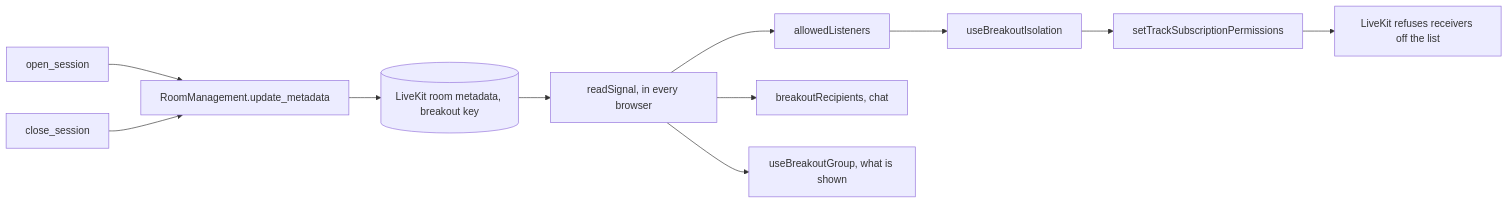
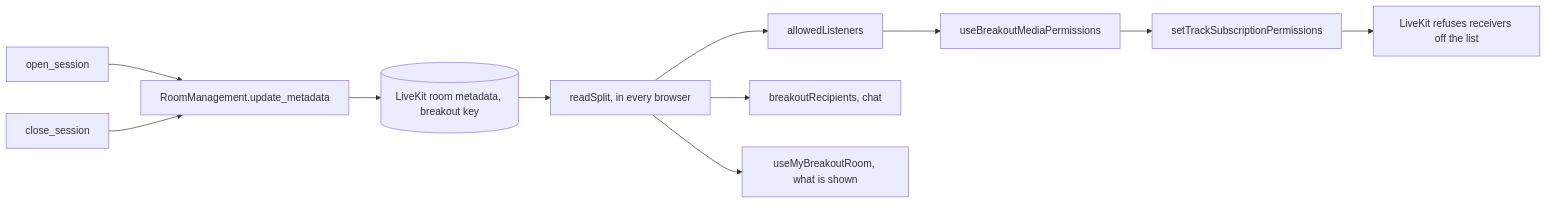
The diagram in meet/1765/overview.md (davd-gzl/agent-artifact), drawn with Mermaid before and after one commit. The commit also changed other lines of this file, not shown here.

Commit message:
meet/1765: overview at c4285f2f, the split and breakout room names

````diff
--- a/meet/1765/overview.md
+++ b/meet/1765/overview.md
@@ -96,13 +96,13 @@
 ```mermaid
 flowchart LR
     open["open_session"] --> write["RoomManagement.update_metadata"]
     close["close_session"] --> write
     write --> meta[("LiveKit room metadata, breakout key")]
-    meta --> read["readSignal, in every browser"]
+    meta --> read["readSplit, in every browser"]
     read --> allowed["allowedListeners"]
-    allowed --> iso["useBreakoutIsolation"]
+    allowed --> iso["useBreakoutMediaPermissions"]
     iso --> perms["setTrackSubscriptionPermissions"]
     perms --> lk["LiveKit refuses receivers off the list"]
     read --> recipients["breakoutRecipients, chat"]
-    read --> group["useBreakoutGroup, what is shown"]
+    read --> shown["useMyBreakoutRoom, what is shown"]
 ```
````
